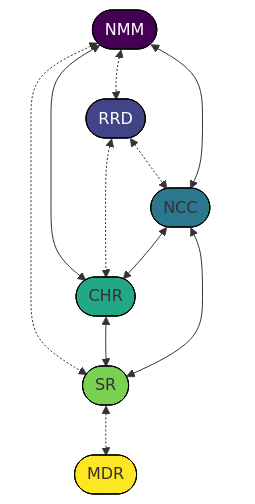
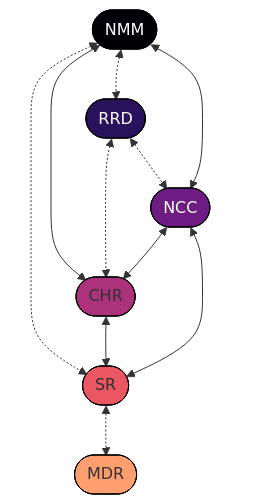
The diagram in index.qmd (camillemndn/danova), drawn with Mermaid before and after one commit. The commit also changed other lines of this file, not shown here.

Commit message:
fix: region colors

````diff
--- a/index.qmd
+++ b/index.qmd
@@ -649,22 +648,22 @@
 ```{mermaid}
 %%| label: fig-slopes_danova_pairwise_diagram
 %%| fig-cap: Summary of pairwise tests.
 %%| out-width: 50%
 flowchart TB
   NMM([NMM]) ~~~ MDR([MDR])
   NMM <-.-> SR([SR])
   NMM <--> CHR([CHR]) <--> SR
   NMM <-.-> RRD([RRD]) <-.-> CHR
   RRD <-.-> NCC
   NCC <--> CHR
   NMM <--> NCC([NCC]) <--> SR
   SR <-.-> MDR
   NMM ~~~ MDR([MDR])
 
-style NMM fill:#440053,color:#fff,stroke:#000
-style RRD fill:#414487,color:#fff,stroke:#000
-style NCC fill:#2B778E,stroke:#000
-style CHR fill:#22A885,stroke:#000
-style SR fill:#7AD051,stroke:#000
-style MDR fill:#FDE624,stroke:#000
+style NMM fill:#000004,color:#fff,stroke:#000
+style RRD fill:#29115b,color:#fff,stroke:#000
+style NCC fill:#6d1c82,color:#fff,stroke:#000
+style CHR fill:#ac337b,stroke:#000
+style SR fill:#ea5662,stroke:#000
+style MDR fill:#ff9f6f,stroke:#000
 ```
````
